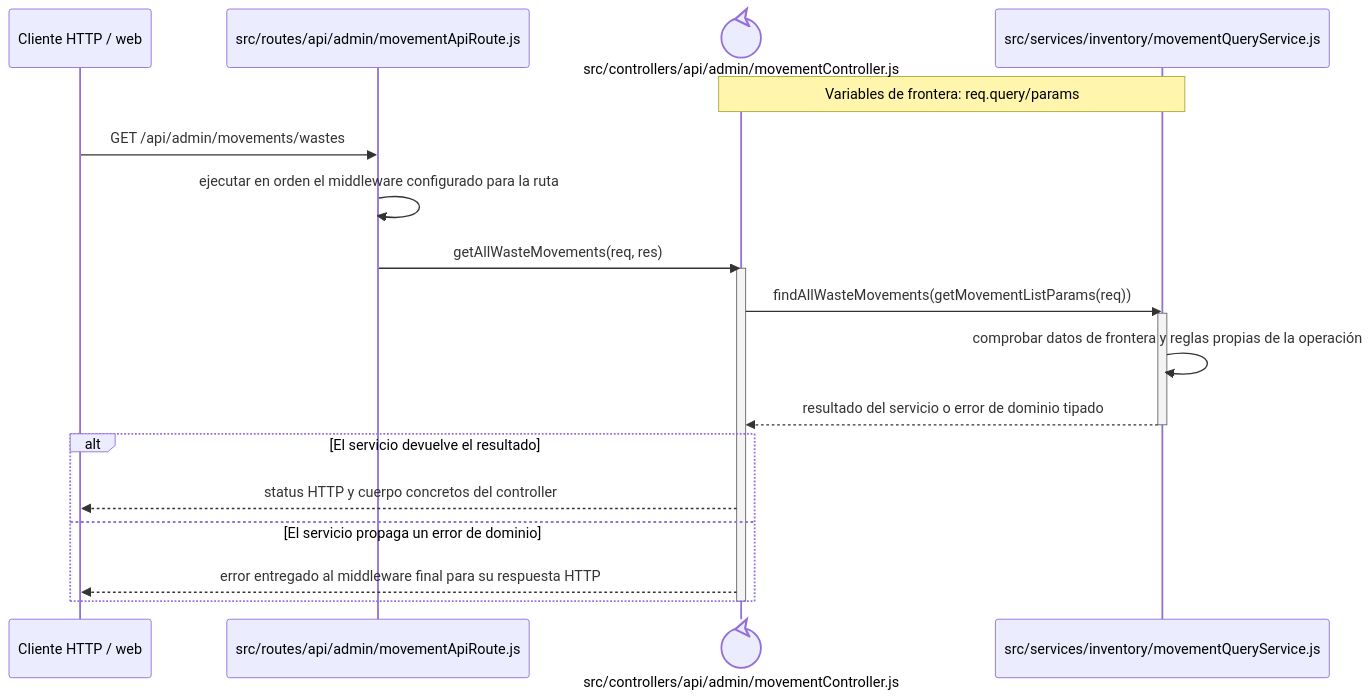
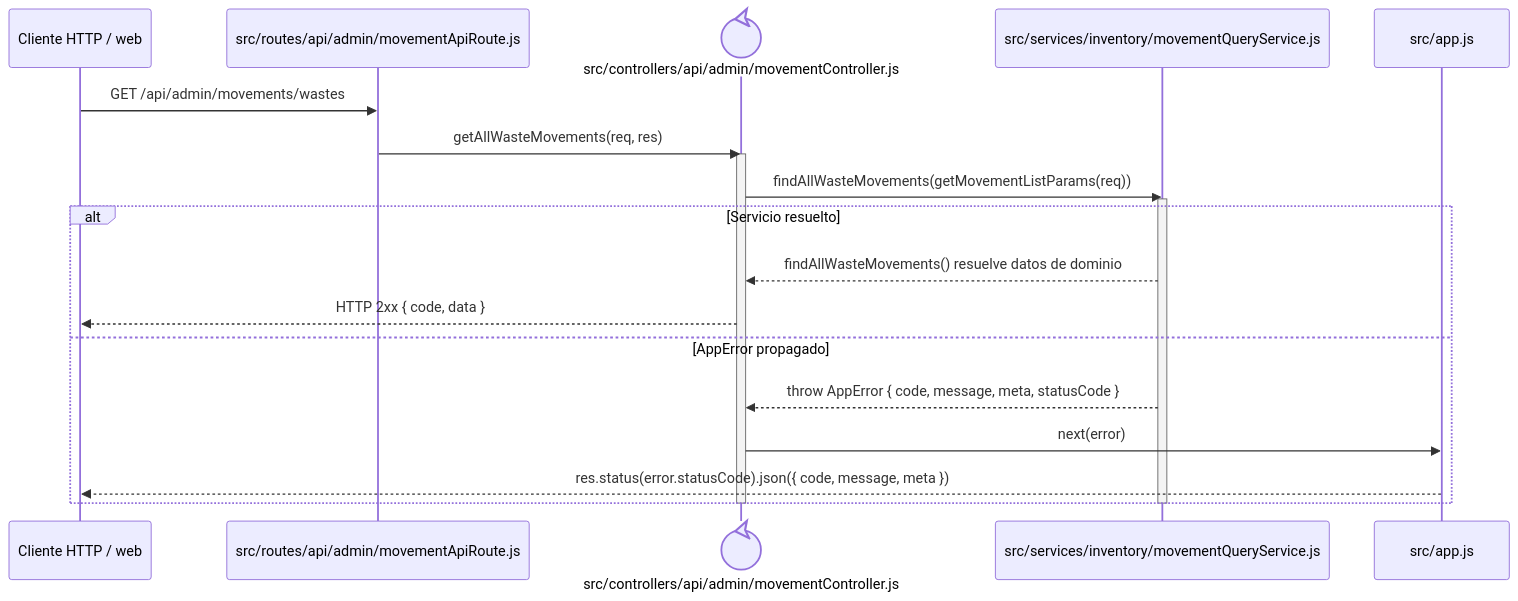
The diagram in docs/architecture/backend-code-sequences/catalogs/cu-alm-14.md (gpgsistemas01/nexus), drawn with Mermaid before and after one commit. The commit also changed 148 other files, not shown here.

````diff
--- a/docs/architecture/backend-code-sequences/catalogs/cu-alm-14.md
+++ b/docs/architecture/backend-code-sequences/catalogs/cu-alm-14.md
@@ -6,24 +6,24 @@
 ```mermaid
 sequenceDiagram
     participant Client as Cliente HTTP / web
     participant Route as src/routes/api/admin/movementApiRoute.js
     participant Controller@{ "type": "control" } as src/controllers/api/admin/movementController.js
     participant Domain as src/services/inventory/movementQueryService.js
-    Note over Controller,Domain: Variables de frontera: req.query/params
+    participant ErrorHandler as src/app.js
 
     Client->>Route: GET /api/admin/movements/wastes
-    Route->>Route: ejecutar en orden el middleware configurado para la ruta
     Route->>Controller: getAllWasteMovements(req, res)
     activate Controller
     Controller->>Domain: findAllWasteMovements(getMovementListParams(req))
     activate Domain
-    Domain->>Domain: comprobar datos de frontera y reglas propias de la operación
-    Domain-->>Controller: resultado del servicio o error de dominio tipado
+    alt Servicio resuelto
+        Domain-->>Controller: findAllWasteMovements() resuelve datos de dominio
+        Controller-->>Client: HTTP 2xx { code, data }
+    else AppError propagado
+        Domain-->>Controller: throw AppError { code, message, meta, statusCode }
+        Controller->>ErrorHandler: next(error)
+        ErrorHandler-->>Client: res.status(error.statusCode).json({ code, message, meta })
+    end
     deactivate Domain
-    alt El servicio devuelve el resultado
-        Controller-->>Client: status HTTP y cuerpo concretos del controller
-    else El servicio propaga un error de dominio
-        Controller-->>Client: error entregado al middleware final para su respuesta HTTP
-    end
     deactivate Controller
 ```
````
